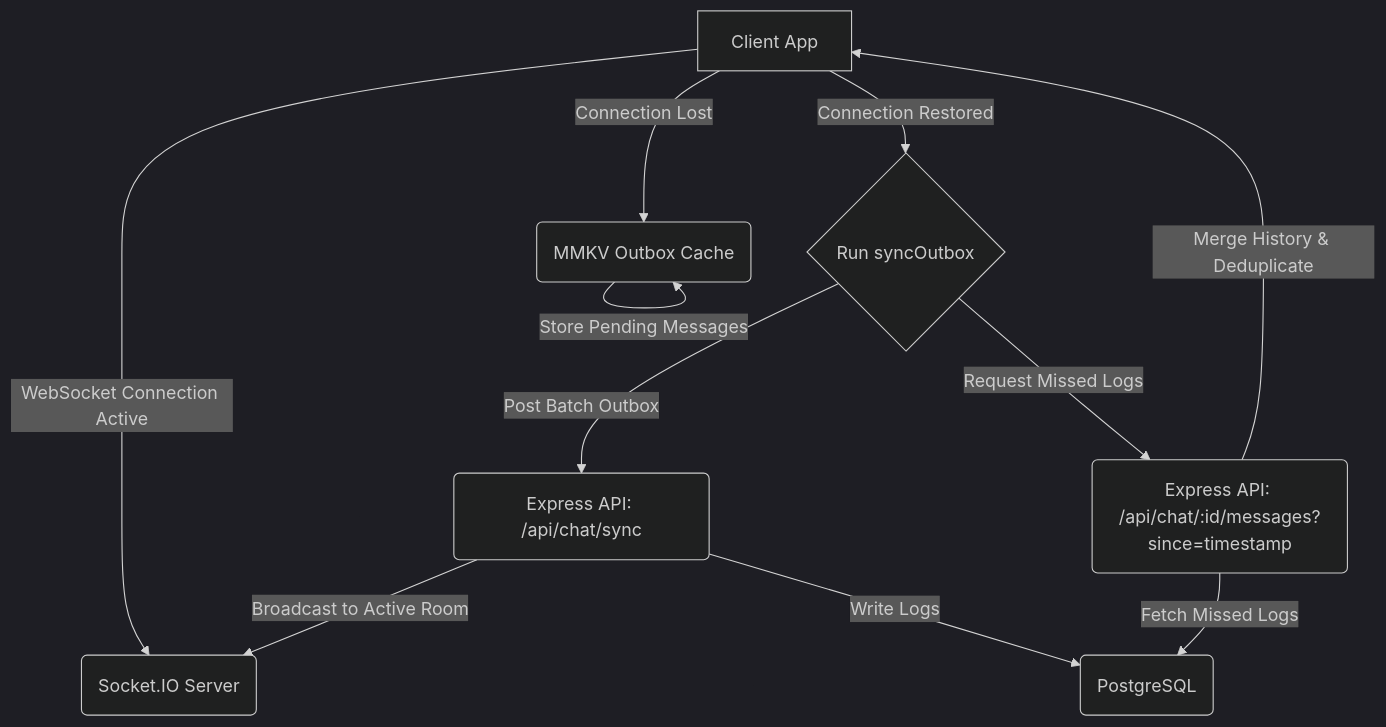
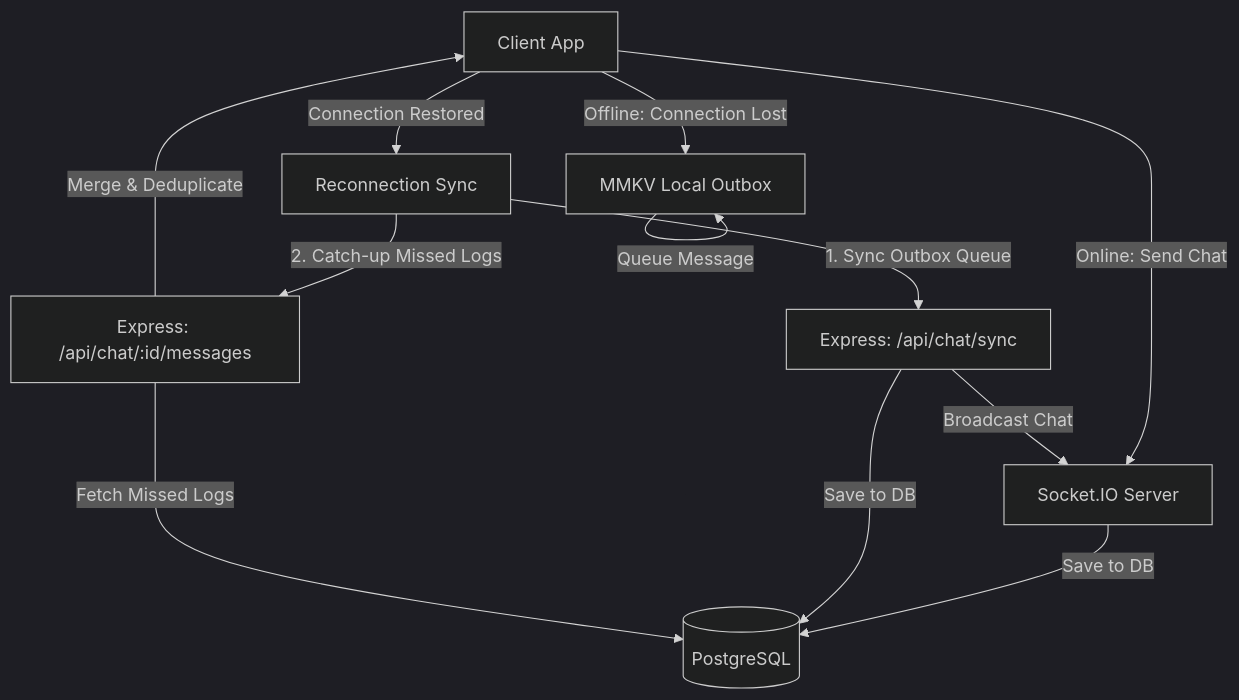
Before and after one commit to ANANYA542/LiveCast: the second of 3 diagrams in README.md, drawn with Mermaid (dark theme). The commit also changed 1 other file, not shown here.

Commit message:
docs: update README and add project prompt reference

````diff
--- a/README.md
+++ b/README.md
@@ -101,13 +101,22 @@
 ```mermaid
 graph TD
-    A[Client App] -->|WebSocket Connection Active| B(Socket.IO Server)
-    A -->|Connection Lost| C(MMKV Outbox Cache)
-    C -->|Store Pending Messages| C
-    A -->|Connection Restored| D{Run syncOutbox}
-    D -->|Post Batch Outbox| E(Express API: /api/chat/sync)
-    E -->|Write Logs| F(PostgreSQL)
-    E -->|Broadcast to Active Room| B
-    D -->|Request Missed Logs| G(Express API: /api/chat/:id/messages?since=timestamp)
-    G -->|Fetch Missed Logs| F
-    G -->|Merge History & Deduplicate| A
+    Client[Client App]
+    
+    %% Online Flow
+    Client -->|Online: Send Chat| Socket[Socket.IO Server]
+    Socket -->|Save to DB| DB[(PostgreSQL)]
+    
+    %% Offline Flow
+    Client -->|Offline: Connection Lost| Queue[MMKV Local Outbox]
+    Queue -->|Queue Message| Queue
+    
+    %% Reconnection Recovery Flow
+    Client -->|Connection Restored| Sync[Reconnection Sync]
+    Sync -->|1. Sync Outbox Queue| ExpressSync[Express: /api/chat/sync]
+    ExpressSync -->|Save to DB| DB
+    ExpressSync -->|Broadcast Chat| Socket
+    
+    Sync -->|2. Catch-up Missed Logs| ExpressCatch[Express: /api/chat/:id/messages]
+    ExpressCatch -->|Fetch Missed Logs| DB
+    ExpressCatch -->|Merge & Deduplicate| Client
 ```
````
